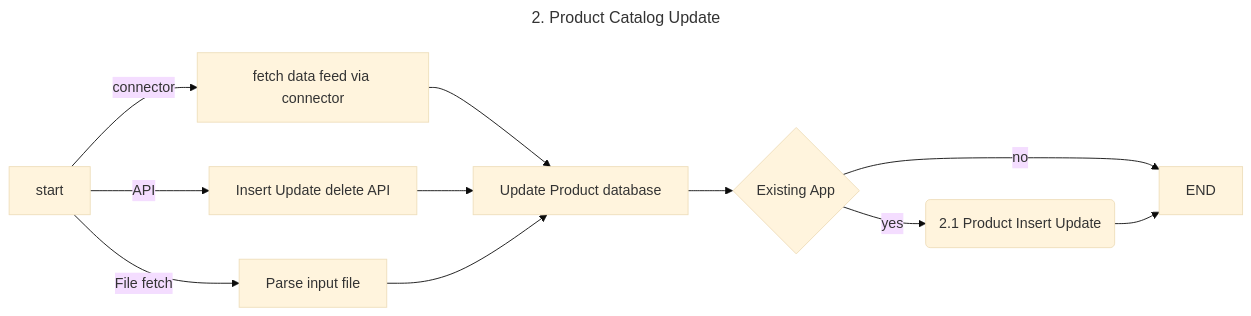
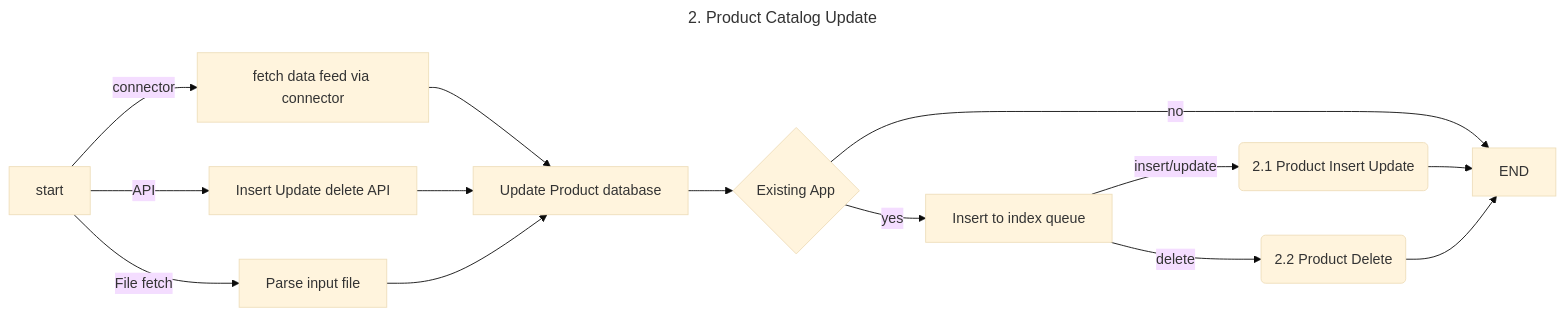
Before and after one commit to zchangvs/diagram: the diagram in 2_0_Product_catalog_update.md, drawn with Mermaid (base theme).

````diff
--- a/2_0_Product_catalog_update.md
+++ b/2_0_Product_catalog_update.md
@@ -1,18 +1,21 @@
 ```mermaid
 ---
 title: 2. Product Catalog Update
 ---
 flowchart LR
     ST[start] -- connector --> CON[fetch data feed via connector]
     ST -- API --> AP[Insert Update delete API]
     ST -- File fetch --> FF[Parse input file]
     CON --> UP
     AP --> UP
     FF --> UP[Update Product database]
     UP --> APP{Existing App}
-    APP --> |yes| PIU(2.1 Product Insert Update)
+    APP --> |yes| IQ[Insert to index queue]
+    IQ -- insert/update --> PIU(2.1 Product Insert Update)
+    IQ -- delete --> DEL(2.2 Product Delete)
     APP --> |no| ED[END]
-    PIU --> ED[END] 
+    PIU --> ED
+    DEL --> ED 
 
 
 ```
````
